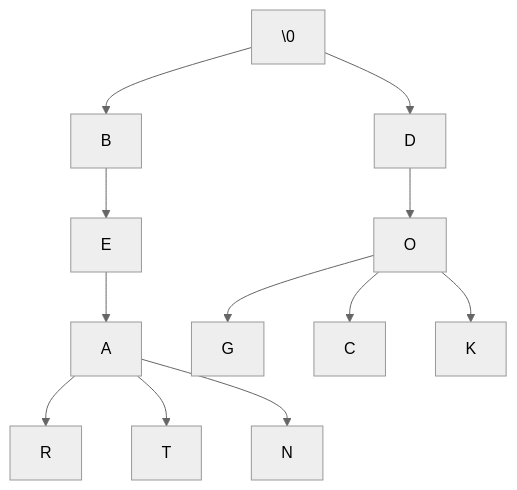
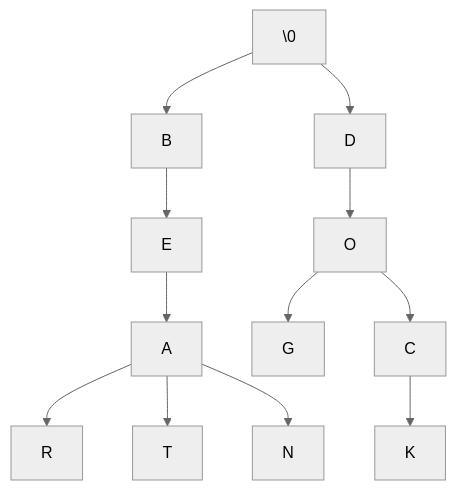
The diagram in morse-code/README.md (mmcnally1/arduino-projects), drawn with Mermaid (neutral theme) before and after one commit.

````diff
--- a/morse-code/README.md
+++ b/morse-code/README.md
@@ -9,14 +9,14 @@
 ```mermaid
 graph TD;
 \0 --> B
 \0 --> D
 B --> E
 E --> A
 A --> R
 A --> T
 A --> N
 D --> O
 O --> G
 O --> C
-O --> K
+C --> K
 ```
````
